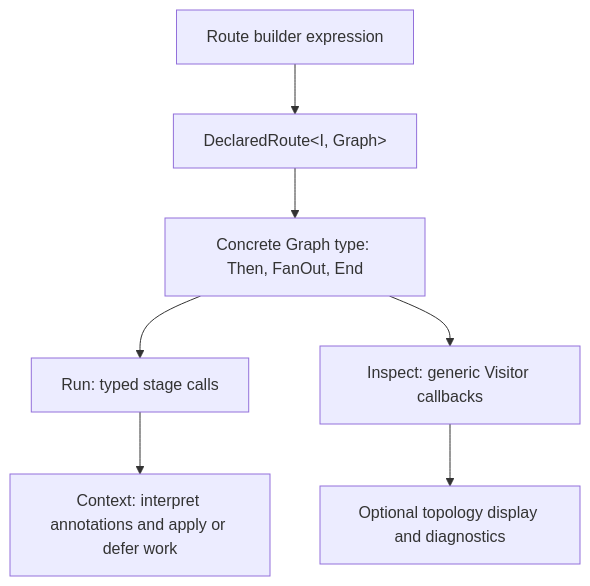
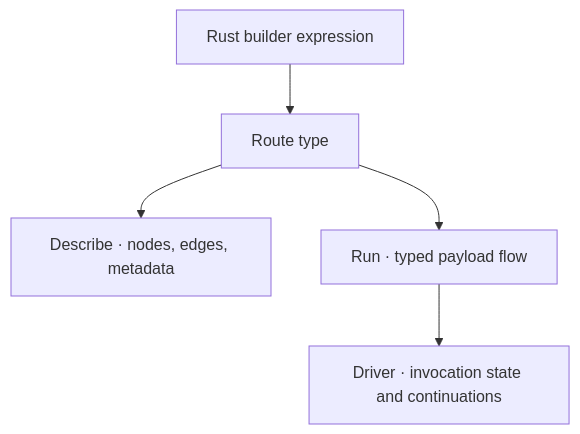
Before and after one commit to QuEraComputing/vihaco: the diagram in design/annotated-step-topologies.md, drawn with Mermaid. The commit also changed other lines of this file and 21 other files, not shown here.

Commit message:
refactor(runtime): replace routing prototypes with static graphs

````diff
--- a/design/annotated-step-topologies.md
+++ b/design/annotated-step-topologies.md
@@ -81,9 +107,7 @@
 ```mermaid
 flowchart TD
-    B["Route builder expression"] --> R["DeclaredRoute&lt;I, Graph&gt;"]
-    R --> G["Concrete Graph type: Then, FanOut, End"]
-    G --> E["Run: typed stage calls"]
-    G --> V["Inspect: generic Visitor callbacks"]
-    E --> C["Context: interpret annotations and apply or defer work"]
-    V --> D["Optional topology display and diagnostics"]
+    B["Rust builder expression"] --> R["Route type"]
+    R --> T["Describe · nodes, edges, metadata"]
+    R --> X["Run · typed payload flow"]
+    X --> D["Driver · invocation state and continuations"]
 ```
````
